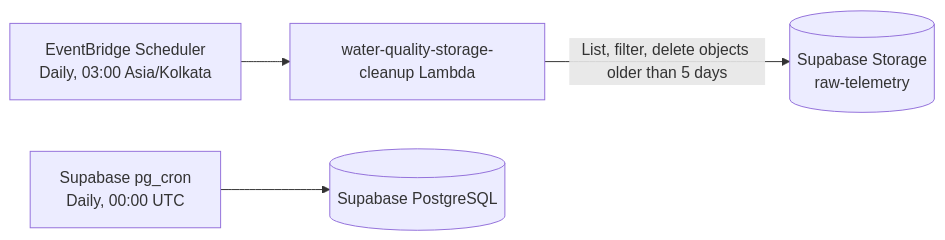
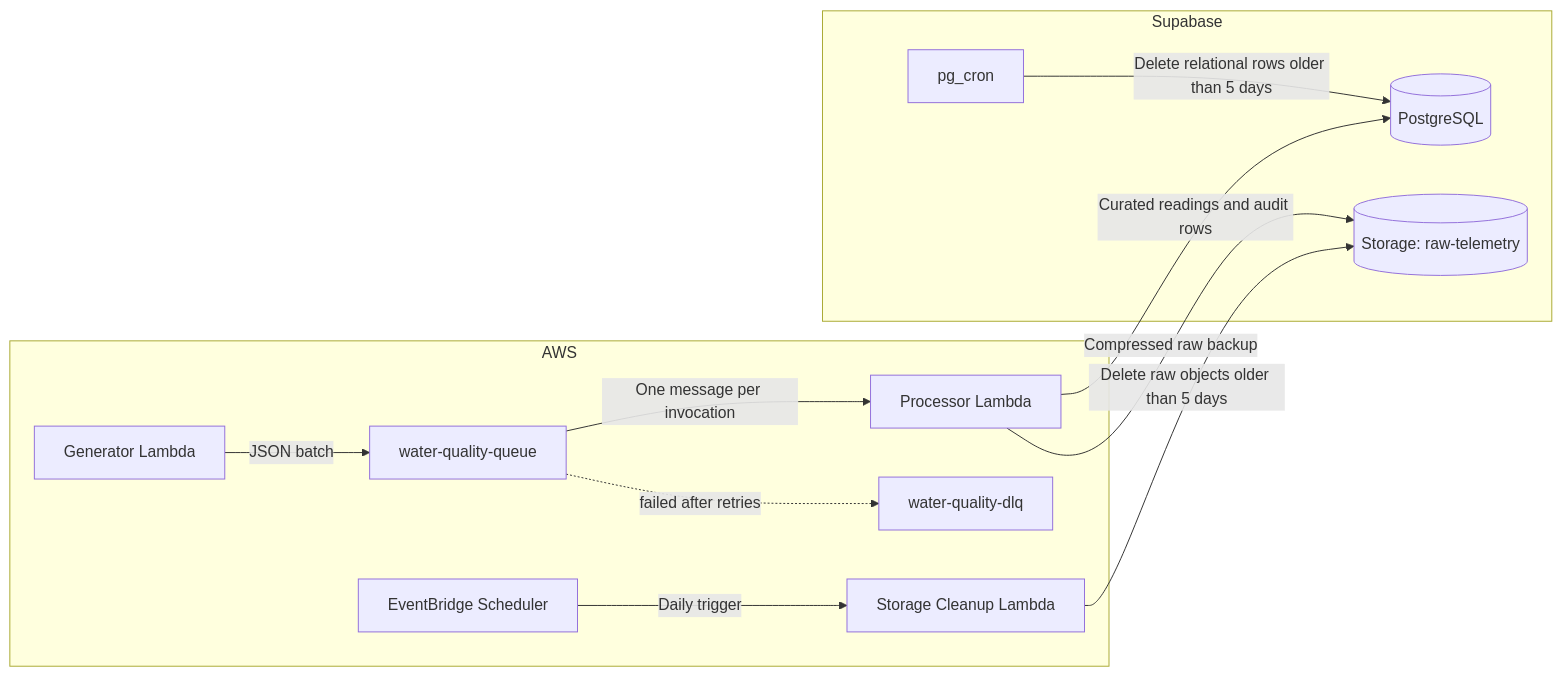
The second of 8 diagrams in README.md (ritam-05/water-quality-etl), drawn with Mermaid before and after one commit. The commit also changed other lines of this file, not shown here.

````diff
--- a/README.md
+++ b/README.md
@@ -28,6 +73,26 @@
 ```mermaid
 flowchart LR
-    SCH[EventBridge Scheduler\nDaily, 03:00 Asia/Kolkata] --> C[water-quality-storage-cleanup Lambda]
-    C -->|List, filter, delete objects older than 5 days| S[(Supabase Storage\nraw-telemetry)]
-    CRON[Supabase pg_cron\nDaily, 00:00 UTC] --> DB[(Supabase PostgreSQL)]
+    subgraph AWS[AWS]
+        GEN[Generator Lambda]
+        QUEUE[water-quality-queue]
+        PROC[Processor Lambda]
+        DLQ[water-quality-dlq]
+        CLEAN[Storage Cleanup Lambda]
+        SCHED[EventBridge Scheduler]
+    end
+
+    subgraph Supabase[Supabase]
+        PG[(PostgreSQL)]
+        STORE[(Storage: raw-telemetry)]
+        CRON[pg_cron]
+    end
+
+    GEN -->|JSON batch| QUEUE
+    QUEUE -->|One message per invocation| PROC
+    QUEUE -. failed after retries .-> DLQ
+    PROC -->|Curated readings and audit rows| PG
+    PROC -->|Compressed raw backup| STORE
+    SCHED -->|Daily trigger| CLEAN
+    CLEAN -->|Delete raw objects older than 5 days| STORE
+    CRON -->|Delete relational rows older than 5 days| PG
 ```
````
